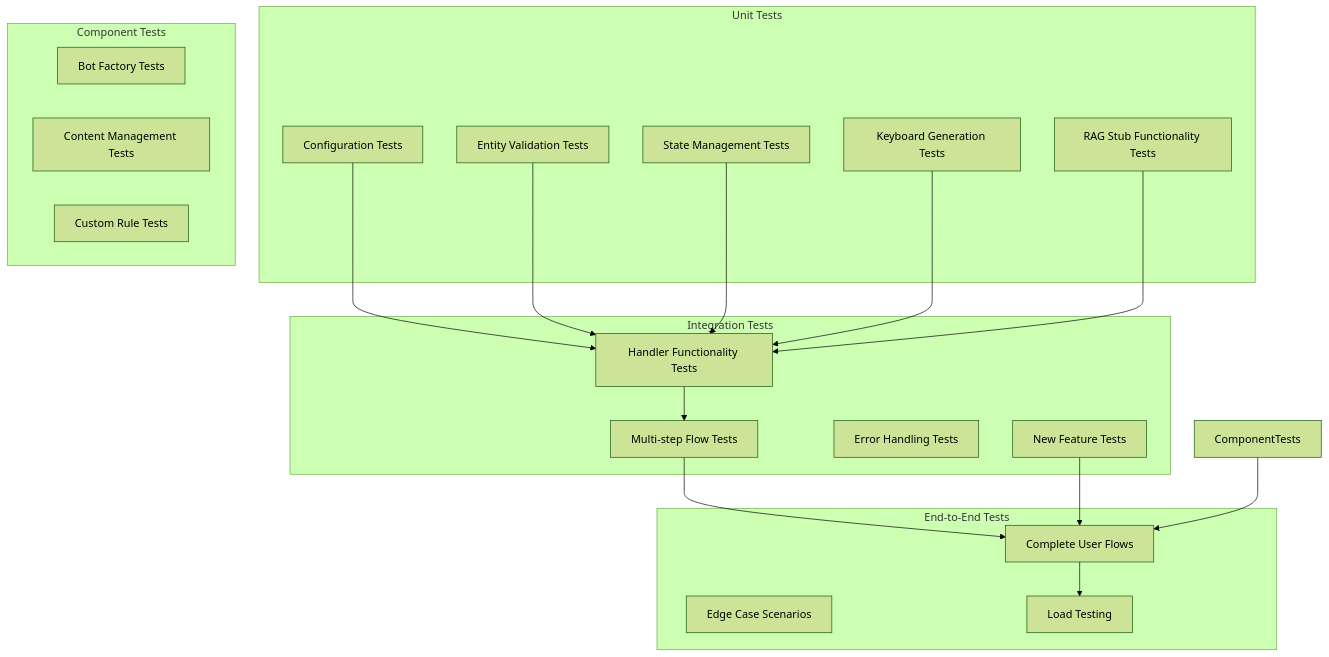
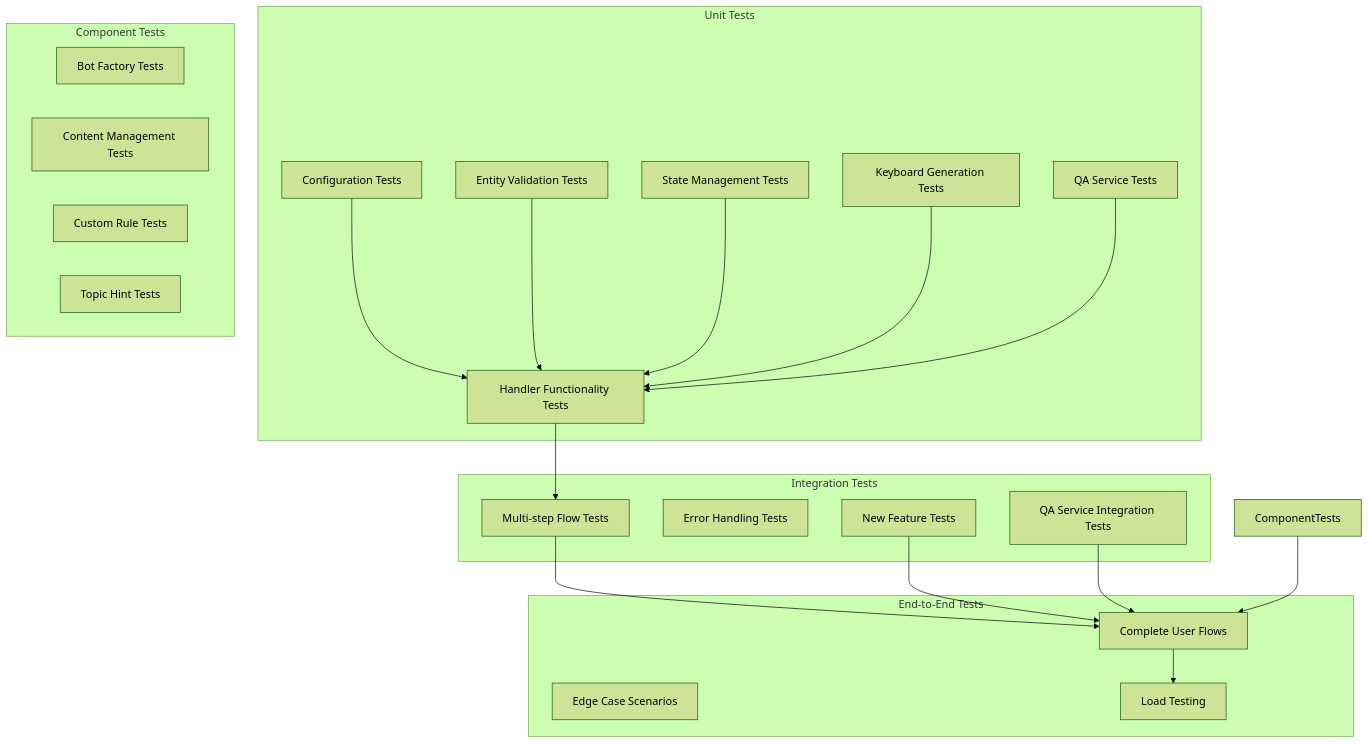
One commit to ognelis/cafetera_hr_bot changed diagram 12 of 12 in .qoder/repowiki/en/content/VK Integration/HR Request Processing System.md. Above: the diagram before and after it, drawn with Mermaid (forest theme). The commit also changed other lines of this file and 8 other files, not shown here.

````diff
--- a/.qoder/repowiki/en/content/VK Integration/HR Request Processing System.md
+++ b/.qoder/repowiki/en/content/VK Integration/HR Request Processing System.md
@@ -692,36 +711,39 @@
 ```mermaid
 graph TB
 subgraph "Unit Tests"
 ConfigTest[Configuration Tests]
 EntityTests[Entity Validation Tests]
 StateTests[State Management Tests]
 KeyboardTests[Keyboard Generation Tests]
-RAGStubTests[RAG Stub Functionality Tests]
+QATests[QA Service Tests]
+HandlerTests[Handler Functionality Tests]
 end
 subgraph "Integration Tests"
-HandlerTests[Handler Functionality Tests]
 FlowTests[Multi-step Flow Tests]
 ErrorTests[Error Handling Tests]
 FeatureTests[New Feature Tests]
+QAIntegrationTests[QA Service Integration Tests]
 end
 subgraph "Component Tests"
 BotFactoryTests[Bot Factory Tests]
 ContentTests[Content Management Tests]
 RuleTests[Custom Rule Tests]
+TopicHintTests[Topic Hint Tests]
 end
 subgraph "End-to-End Tests"
 CompleteFlows[Complete User Flows]
 EdgeCases[Edge Case Scenarios]
 PerformanceTests[Load Testing]
 end
 ConfigTest --> HandlerTests
 EntityTests --> HandlerTests
 StateTests --> HandlerTests
 KeyboardTests --> HandlerTests
-RAGStubTests --> HandlerTests
+QATests --> HandlerTests
 HandlerTests --> FlowTests
 FlowTests --> CompleteFlows
 ComponentTests --> CompleteFlows
 CompleteFlows --> PerformanceTests
 FeatureTests --> CompleteFlows
+QAIntegrationTests --> CompleteFlows
 ```
````
